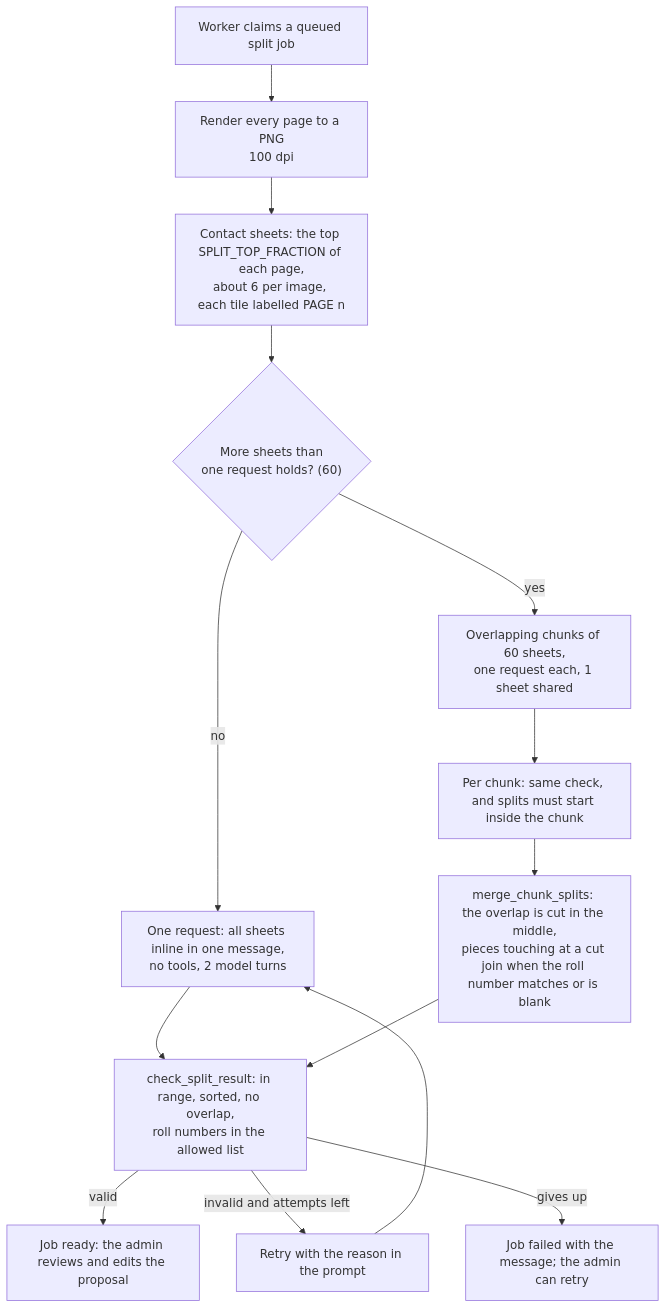
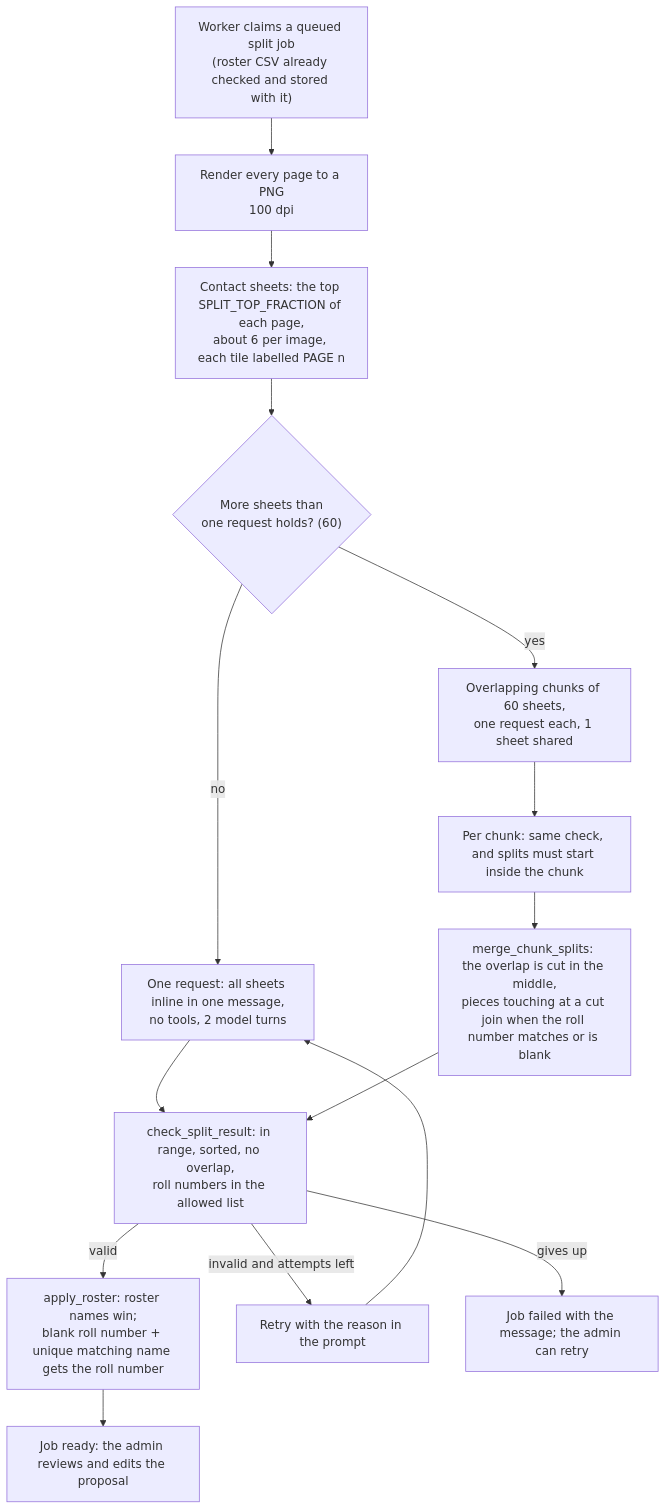
Before and after one commit to achintya-labs/AIPaperCorrection: the fifth of 11 diagrams in docs/workflows.md, drawn with Mermaid. The commit also changed 25 other files, not shown here.

Commit message:
Feat: Added name roll number mapping in import

````diff
--- a/docs/workflows.md
+++ b/docs/workflows.md
@@ -241,16 +241,17 @@
 ```mermaid
 flowchart TD
-    A["Worker claims a queued split job"] --> B["Render every page to a PNG<br/>100 dpi"]
+    A["Worker claims a queued split job<br/>(roster CSV already checked and stored with it)"] --> B["Render every page to a PNG<br/>100 dpi"]
     B --> C["Contact sheets: the top SPLIT_TOP_FRACTION of each page,<br/>about 6 per image, each tile labelled PAGE n"]
     C --> D{"More sheets than<br/>one request holds? (60)"}
     D -- no --> E["One request: all sheets inline in one message,<br/>no tools, 2 model turns"]
     D -- yes --> F["Overlapping chunks of 60 sheets,<br/>one request each, 1 sheet shared"]
     E --> G["check_split_result: in range, sorted, no overlap,<br/>roll numbers in the allowed list"]
     F --> H["Per chunk: same check, and splits must start inside the chunk"]
     H --> I["merge_chunk_splits: the overlap is cut in the middle,<br/>pieces touching at a cut join when the roll number matches or is blank"]
     I --> G
-    G -- valid --> J["Job ready: the admin reviews and edits the proposal"]
+    G -- valid --> R["apply_roster: roster names win;<br/>blank roll number + unique matching name gets the roll number"]
+    R --> J["Job ready: the admin reviews and edits the proposal"]
     G -- invalid and attempts left --> K["Retry with the reason in the prompt"]
     K --> E
     G -- gives up --> L["Job failed with the message; the admin can retry"]
 ```
````
